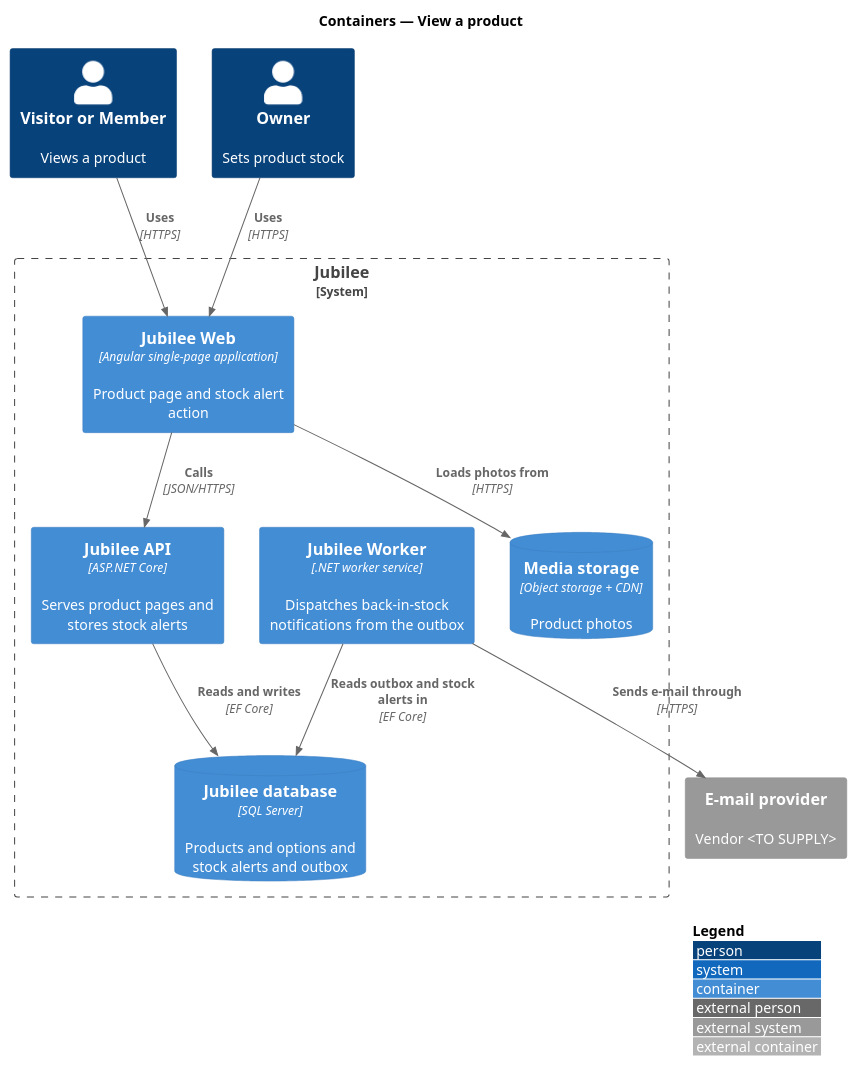
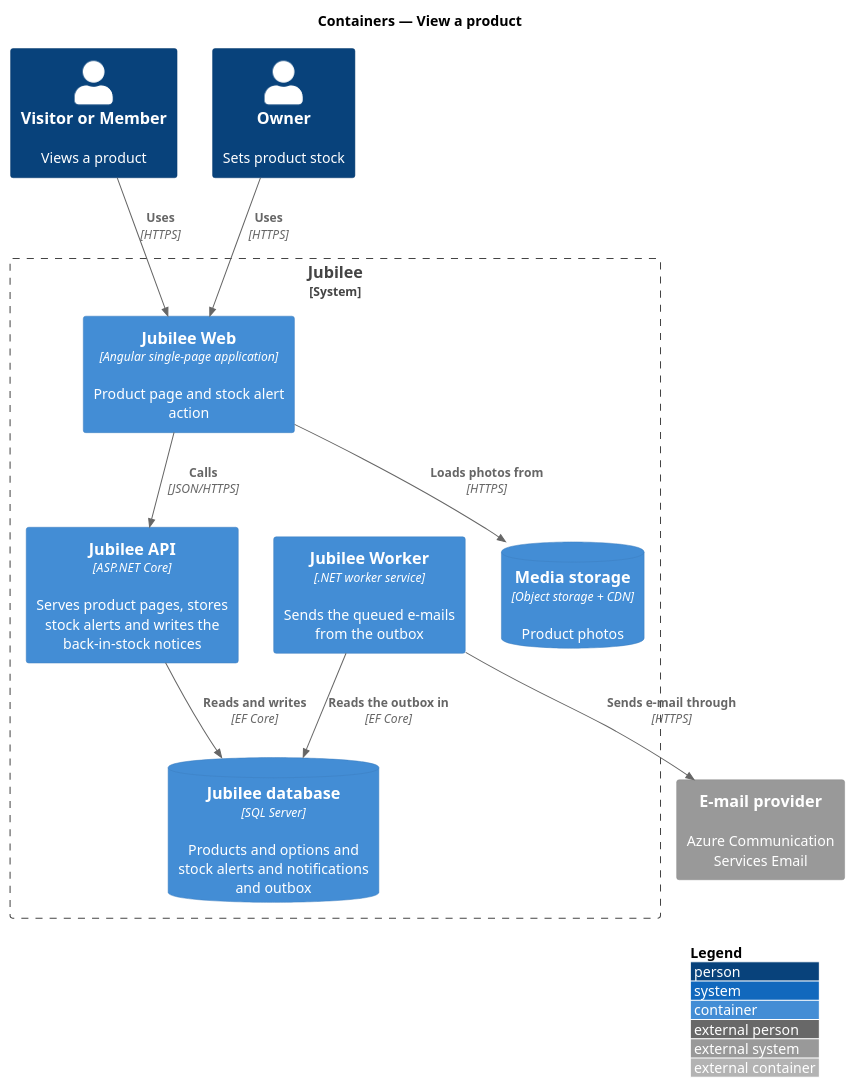
One commit to QuinntyneBrown/jubilee changed the diagram in docs/detailed-designs/listings/view-product/diagrams/c4-container.puml. Above: the diagram before and after it, drawn with PlantUML. The commit also changed 28 other files, not shown here.

First line of the commit message:
Specify the rest of journey 2: sold-out cards, the preview status, back-in-stock notices

```diff
--- a/docs/detailed-designs/listings/view-product/diagrams/c4-container.puml
+++ b/docs/detailed-designs/listings/view-product/diagrams/c4-container.puml
@@ -1,24 +1,24 @@
 @startuml
 !include <C4/C4_Container>
 LAYOUT_WITH_LEGEND()
 title Containers — View a product
 
 Person(member, "Visitor or Member", "Views a product")
 Person(owner, "Owner", "Sets product stock")
 System_Boundary(jubilee, "Jubilee") {
   Container(web, "Jubilee Web", "Angular single-page application", "Product page and stock alert action")
-  Container(api, "Jubilee API", "ASP.NET Core", "Serves product pages and stores stock alerts")
-  Container(worker, "Jubilee Worker", ".NET worker service", "Dispatches back-in-stock notifications from the outbox")
-  ContainerDb(db, "Jubilee database", "SQL Server", "Products and options and stock alerts and outbox")
+  Container(api, "Jubilee API", "ASP.NET Core", "Serves product pages, stores stock alerts and writes the back-in-stock notices")
+  Container(worker, "Jubilee Worker", ".NET worker service", "Sends the queued e-mails from the outbox")
+  ContainerDb(db, "Jubilee database", "SQL Server", "Products and options and stock alerts and notifications and outbox")
   ContainerDb(media, "Media storage", "Object storage + CDN", "Product photos")
 }
-System_Ext(email, "E-mail provider", "Vendor <TO SUPPLY>")
+System_Ext(email, "E-mail provider", "Azure Communication Services Email")
 
 Rel(member, web, "Uses", "HTTPS")
 Rel(owner, web, "Uses", "HTTPS")
 Rel(web, api, "Calls", "JSON/HTTPS")
 Rel(web, media, "Loads photos from", "HTTPS")
 Rel(api, db, "Reads and writes", "EF Core")
-Rel(worker, db, "Reads outbox and stock alerts in", "EF Core")
+Rel(worker, db, "Reads the outbox in", "EF Core")
 Rel(worker, email, "Sends e-mail through", "HTTPS")
 @enduml
```
